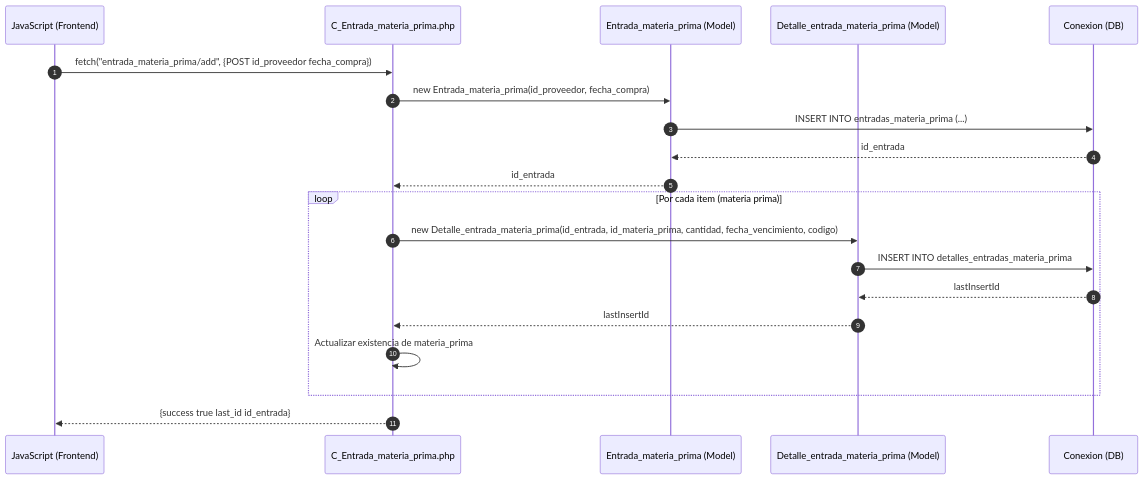
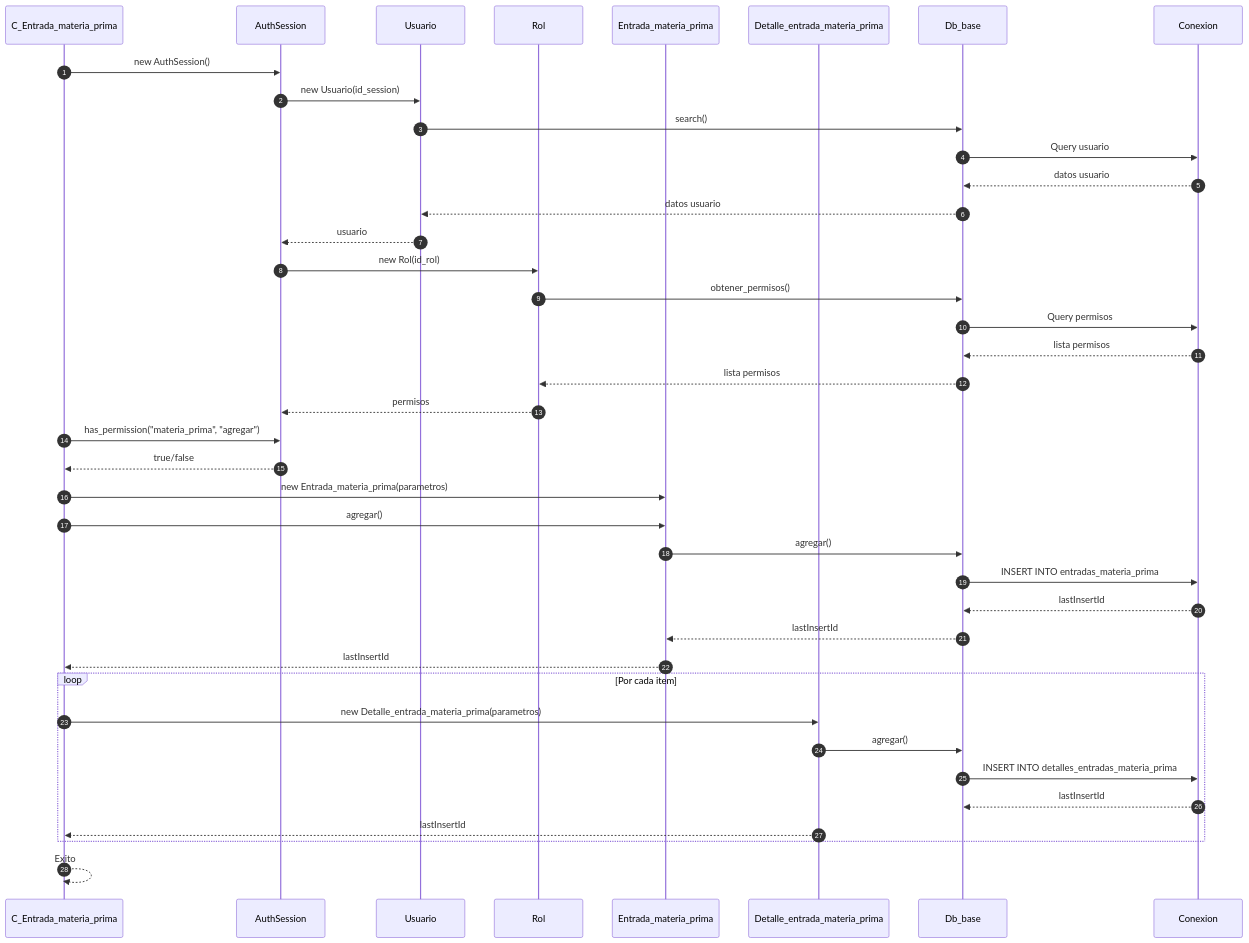
The second of 5 diagrams in docs/secuencia/materia_prima/materia_prima.md (Tecrato/BurgerHouse), drawn with Mermaid before and after one commit. The commit also changed other lines of this file and 13 other files, not shown here.

First line of the commit message:
diagramas actualizaos

````diff
--- a/docs/secuencia/materia_prima/materia_prima.md
+++ b/docs/secuencia/materia_prima/materia_prima.md
@@ -35,27 +51,48 @@
 ```mermaid
 sequenceDiagram
     autonumber
-    participant JS as JavaScript (Frontend)
-    participant C_Entrada_mp as C_Entrada_materia_prima.php
-    participant Entrada_mp as Entrada_materia_prima (Model)
-    participant Detalle_mp as Detalle_entrada_materia_prima (Model)
-    participant DB as Conexion (DB)
+    participant C_Entrada_mp as C_Entrada_materia_prima
+    participant AuthSession as AuthSession
+    participant Usuario as Usuario
+    participant Rol as Rol
+    participant Entrada_mp as Entrada_materia_prima
+    participant Detalle_mp as Detalle_entrada_materia_prima
+    participant Db_base as Db_base
+    participant Conexion as Conexion
     
-    JS->>C_Entrada_mp: fetch("entrada_materia_prima/add", {POST id_proveedor fecha_compra})
+    C_Entrada_mp->>AuthSession: new AuthSession()
+    AuthSession->>Usuario: new Usuario(id_session)
+    Usuario->>Db_base: search()
+    Db_base->>Conexion: Query usuario
+    Conexion-->>Db_base: datos usuario
+    Db_base-->>Usuario: datos usuario
+    Usuario-->>AuthSession: usuario
     
-    C_Entrada_mp->>Entrada_mp: new Entrada_materia_prima(id_proveedor, fecha_compra)
-    Entrada_mp->>DB: INSERT INTO entradas_materia_prima (...)
-    DB-->>Entrada_mp: id_entrada
-    Entrada_mp-->>C_Entrada_mp: id_entrada
+    AuthSession->>Rol: new Rol(id_rol)
+    Rol->>Db_base: obtener_permisos()
+    Db_base->>Conexion: Query permisos
+    Conexion-->>Db_base: lista permisos
+    Db_base-->>Rol: lista permisos
+    Rol-->>AuthSession: permisos
     
-    loop Por cada item (materia prima)
-        C_Entrada_mp->>Detalle_mp: new Detalle_entrada_materia_prima(id_entrada, id_materia_prima, cantidad, fecha_vencimiento, codigo)
-        Detalle_mp->>DB: INSERT INTO detalles_entradas_materia_prima
-        DB-->>Detalle_mp: lastInsertId
+    C_Entrada_mp->>AuthSession: has_permission("materia_prima", "agregar")
+    AuthSession-->>C_Entrada_mp: true/false
+    
+    C_Entrada_mp->>Entrada_mp: new Entrada_materia_prima(parametros)
+    C_Entrada_mp->>Entrada_mp: agregar()
+    Entrada_mp->>Db_base: agregar()
+    Db_base->>Conexion: INSERT INTO entradas_materia_prima
+    Conexion-->>Db_base: lastInsertId
+    Db_base-->>Entrada_mp: lastInsertId
+    Entrada_mp-->>C_Entrada_mp: lastInsertId
+    
+    loop Por cada item
+        C_Entrada_mp->>Detalle_mp: new Detalle_entrada_materia_prima(parametros)
+        Detalle_mp->>Db_base: agregar()
+        Db_base->>Conexion: INSERT INTO detalles_entradas_materia_prima
+        Conexion-->>Db_base: lastInsertId
         Detalle_mp-->>C_Entrada_mp: lastInsertId
-        
-        C_Entrada_mp->>C_Entrada_mp: Actualizar existencia de materia_prima
     end
     
-    C_Entrada_mp-->>JS: {success true last_id id_entrada}
+    C_Entrada_mp-->>C_Entrada_mp: Exito
 ```
````
